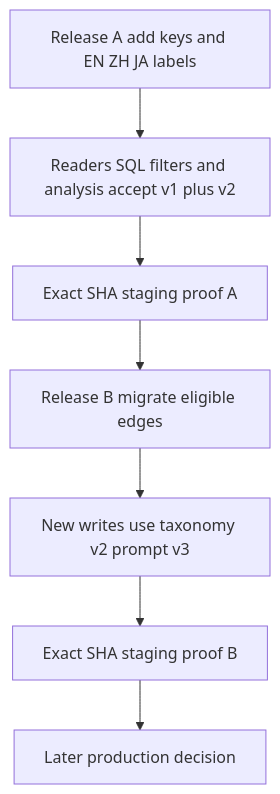
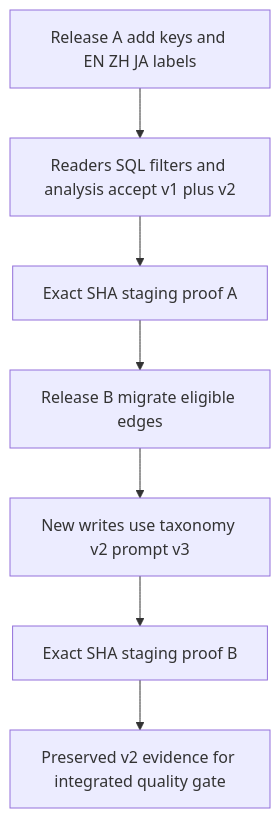
Before and after one commit to allenwlee/pushin-weight-v2: the third of 9 diagrams in docs/plans/2026-09-08-134925-feat-ai-enrichment-stage1-plan.md, drawn with Mermaid. The commit also changed other lines of this file, not shown here.

Commit message:
docs: extend AI enrichment through production

````diff
--- a/docs/plans/2026-09-08-134925-feat-ai-enrichment-stage1-plan.md
+++ b/docs/plans/2026-09-08-134925-feat-ai-enrichment-stage1-plan.md
@@ -374,9 +438,9 @@
 ```mermaid
 flowchart TB
   A[Release A add keys and EN ZH JA labels] --> B[Readers SQL filters and analysis accept v1 plus v2]
   B --> C[Exact SHA staging proof A]
   C --> D[Release B migrate eligible edges]
   D --> E[New writes use taxonomy v2 prompt v3]
   E --> F[Exact SHA staging proof B]
-  F --> G[Later production decision]
+  F --> G[Preserved v2 evidence for integrated quality gate]
 ```
````
